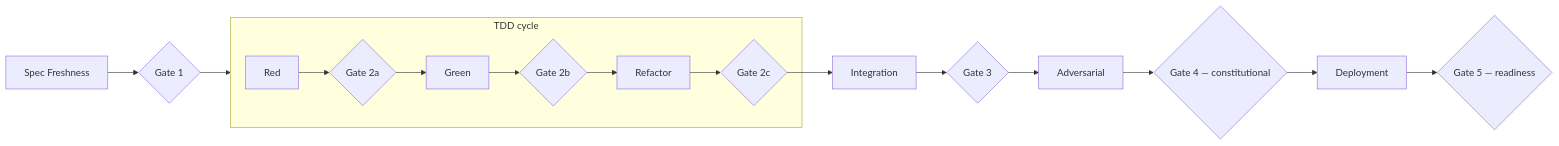
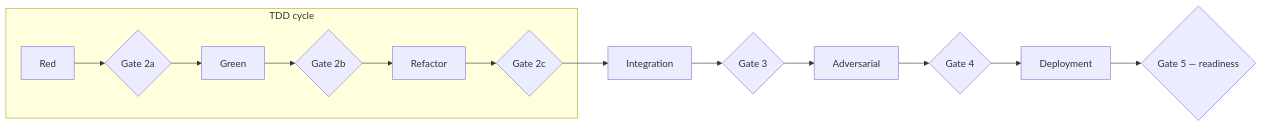
One commit to mark-satterfield/toolset changed the third of 4 diagrams in plugins/agent-teams-workforce/AGENT-TEAMS-WORKFORCE.md. Above: the diagram before and after it, drawn with Mermaid. The commit also changed other lines of this file and 67 other files, not shown here.

First line of the commit message:
docs(workforce): agent charters and pipeline docs match the trimmed workflows

````diff
--- a/plugins/agent-teams-workforce/AGENT-TEAMS-WORKFORCE.md
+++ b/plugins/agent-teams-workforce/AGENT-TEAMS-WORKFORCE.md
@@ -93,13 +93,11 @@
 ```mermaid
 graph LR
-  SF[Spec Freshness] --> G1{Gate 1}
-  G1 --> TDD
-
+  TDD
   subgraph TDD[TDD cycle]
     RED[Red] --> G2A{Gate 2a} --> GRN[Green] --> G2B{Gate 2b} --> REF[Refactor] --> G2C{Gate 2c}
   end
 
   G2C --> INT[Integration] --> G3{Gate 3}
-  G3 --> ADV[Adversarial] --> G4{Gate 4 — constitutional}
+  G3 --> ADV[Adversarial] --> G4{Gate 4}
   G4 --> DEP[Deployment] --> G5{Gate 5 — readiness}
 ```
````
